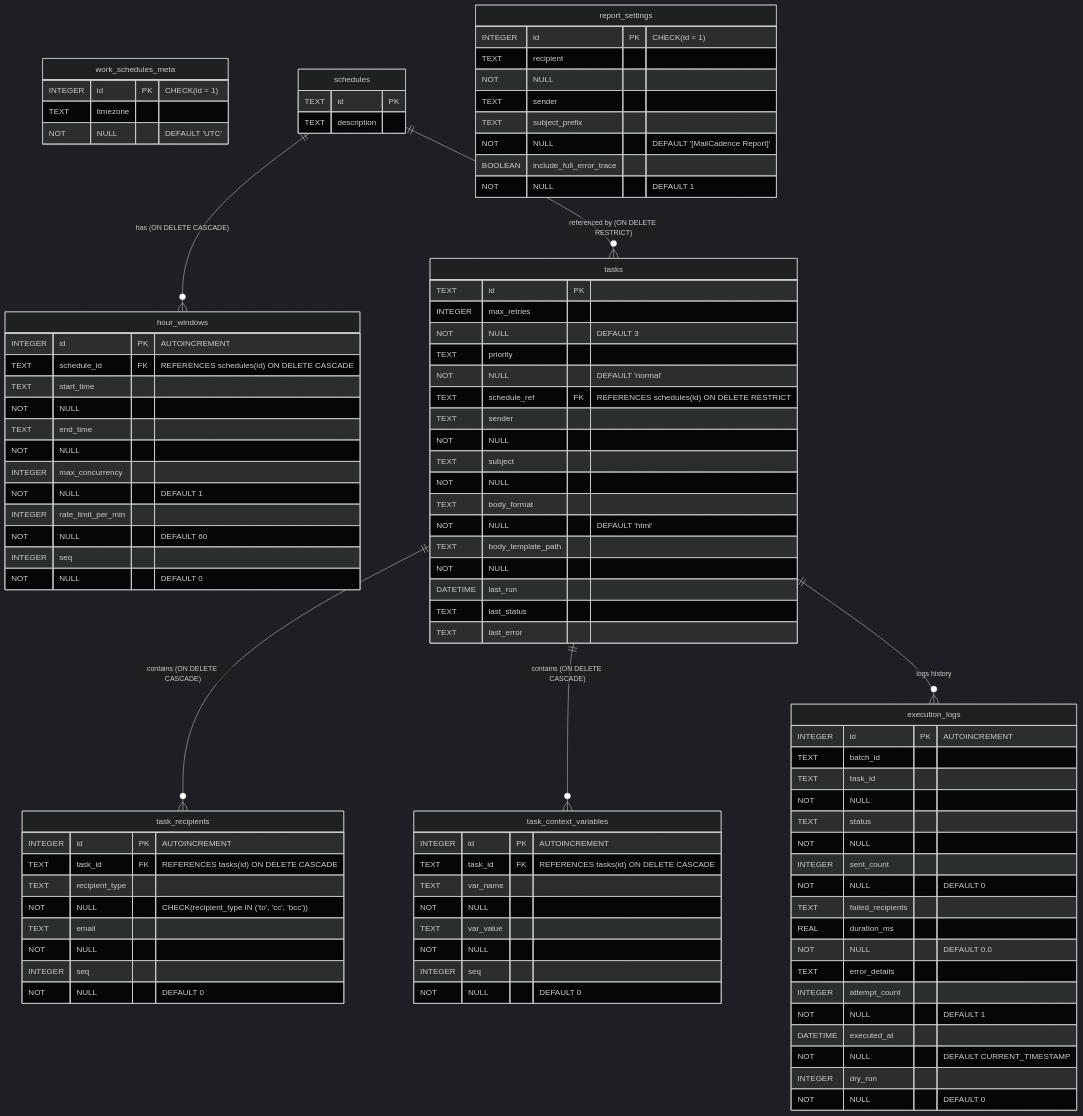
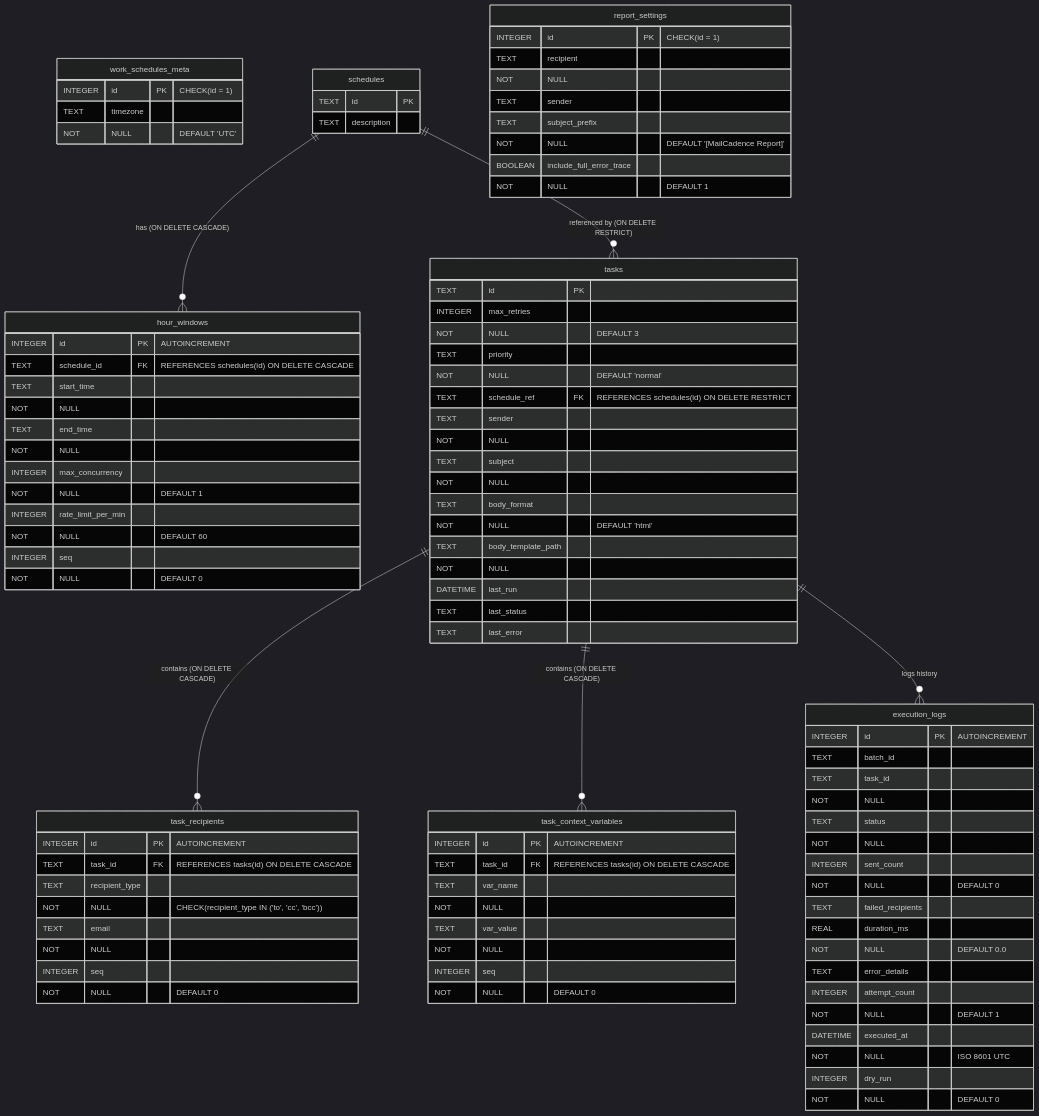
One commit to krj29b/mail-cadence changed the second of 4 diagrams in docs/ARCHITECTURE.md. Above: the diagram before and after it, drawn with Mermaid (dark theme). The commit also changed other lines of this file and 9 other files, not shown here.

First line of the commit message:
Version the database schema and unify timestamps

````diff
--- a/docs/ARCHITECTURE.md
+++ b/docs/ARCHITECTURE.md
@@ -111,80 +111,80 @@
 ```mermaid
 erDiagram
     work_schedules_meta {
         INTEGER id PK "CHECK(id = 1)"
         TEXT timezone NOT NULL "DEFAULT 'UTC'"
     }
 
     schedules {
         TEXT id PK
         TEXT description
     }
 
     hour_windows {
         INTEGER id PK "AUTOINCREMENT"
         TEXT schedule_id FK "REFERENCES schedules(id) ON DELETE CASCADE"
         TEXT start_time NOT NULL
         TEXT end_time NOT NULL
         INTEGER max_concurrency NOT NULL "DEFAULT 1"
         INTEGER rate_limit_per_min NOT NULL "DEFAULT 60"
         INTEGER seq NOT NULL "DEFAULT 0"
     }
 
     report_settings {
         INTEGER id PK "CHECK(id = 1)"
         TEXT recipient NOT NULL
         TEXT sender
         TEXT subject_prefix NOT NULL "DEFAULT '[MailCadence Report]'"
         BOOLEAN include_full_error_trace NOT NULL "DEFAULT 1"
     }
 
     tasks {
         TEXT id PK
         INTEGER max_retries NOT NULL "DEFAULT 3"
         TEXT priority NOT NULL "DEFAULT 'normal'"
         TEXT schedule_ref FK "REFERENCES schedules(id) ON DELETE RESTRICT"
         TEXT sender NOT NULL
         TEXT subject NOT NULL
         TEXT body_format NOT NULL "DEFAULT 'html'"
         TEXT body_template_path NOT NULL
         DATETIME last_run
         TEXT last_status
         TEXT last_error
     }
 
     task_recipients {
         INTEGER id PK "AUTOINCREMENT"
         TEXT task_id FK "REFERENCES tasks(id) ON DELETE CASCADE"
         TEXT recipient_type NOT NULL "CHECK(recipient_type IN ('to', 'cc', 'bcc'))"
         TEXT email NOT NULL
         INTEGER seq NOT NULL "DEFAULT 0"
     }
 
     task_context_variables {
         INTEGER id PK "AUTOINCREMENT"
         TEXT task_id FK "REFERENCES tasks(id) ON DELETE CASCADE"
         TEXT var_name NOT NULL
         TEXT var_value NOT NULL
         INTEGER seq NOT NULL "DEFAULT 0"
     }
 
     execution_logs {
         INTEGER id PK "AUTOINCREMENT"
         TEXT batch_id
         TEXT task_id NOT NULL
         TEXT status NOT NULL
         INTEGER sent_count NOT NULL "DEFAULT 0"
         TEXT failed_recipients
         REAL duration_ms NOT NULL "DEFAULT 0.0"
         TEXT error_details
         INTEGER attempt_count NOT NULL "DEFAULT 1"
-        DATETIME executed_at NOT NULL "DEFAULT CURRENT_TIMESTAMP"
+        DATETIME executed_at NOT NULL "ISO 8601 UTC"
         INTEGER dry_run NOT NULL "DEFAULT 0"
     }
 
     schedules ||--o{ hour_windows : "has (ON DELETE CASCADE)"
     schedules ||--o{ tasks : "referenced by (ON DELETE RESTRICT)"
     tasks ||--o{ task_recipients : "contains (ON DELETE CASCADE)"
     tasks ||--o{ task_context_variables : "contains (ON DELETE CASCADE)"
     tasks ||--o{ execution_logs : "logs history"
 ```
````
